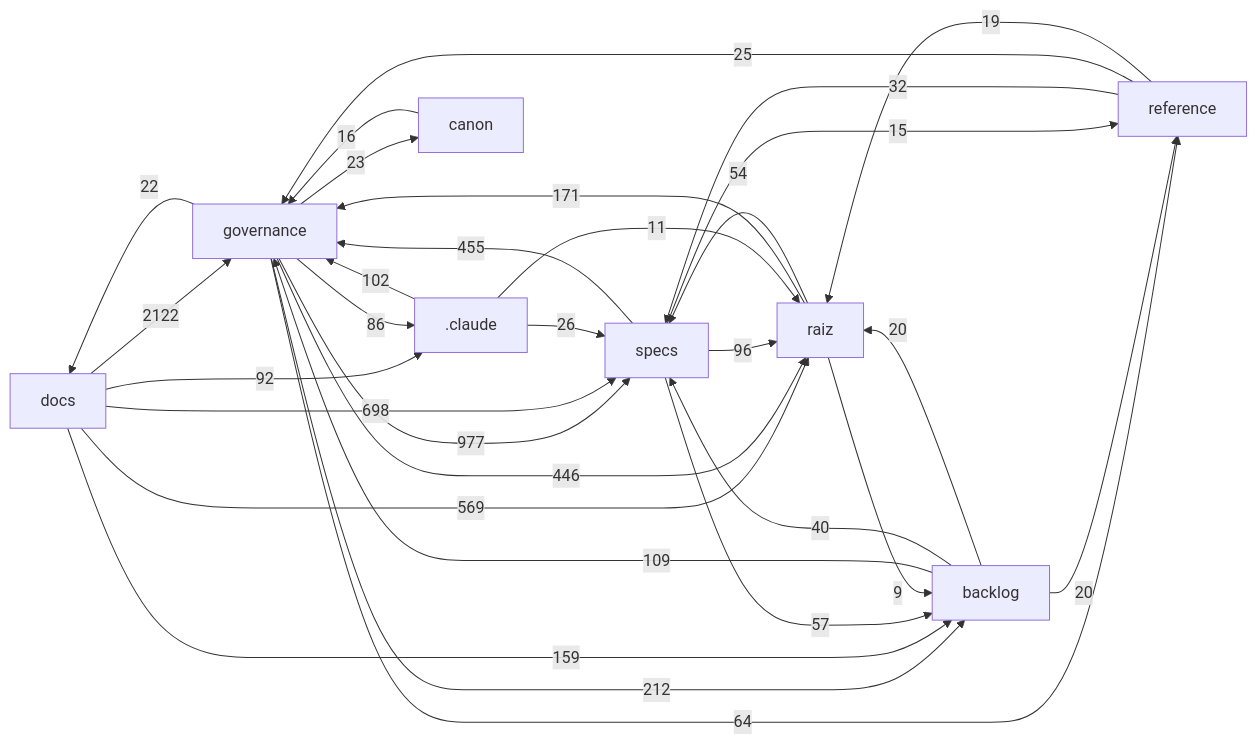
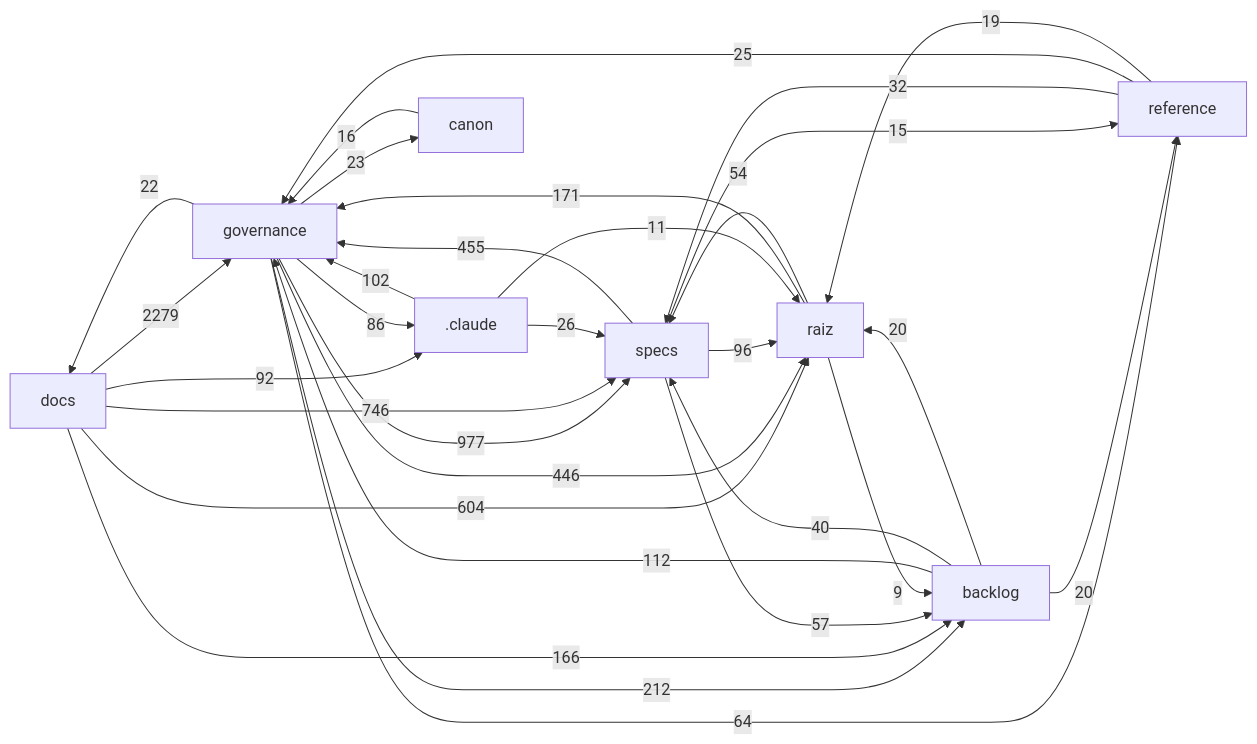
The diagram in docs/mapa/MAPA-PROJETO.md (Andraus35/Sistema-Operacional-de-Trading--SOT), drawn with Mermaid before and after one commit. The commit also changed other lines of this file and 15 other files, not shown here.

````diff
--- a/docs/mapa/MAPA-PROJETO.md
+++ b/docs/mapa/MAPA-PROJETO.md
@@ -29,33 +29,33 @@
 ```mermaid
 flowchart LR
-  docs["docs"] -->|2122| governance["governance"]
+  docs["docs"] -->|2279| governance["governance"]
   governance["governance"] -->|977| specs["specs"]
-  docs["docs"] -->|698| specs["specs"]
-  docs["docs"] -->|569| raiz["raiz"]
+  docs["docs"] -->|746| specs["specs"]
+  docs["docs"] -->|604| raiz["raiz"]
   specs["specs"] -->|455| governance["governance"]
   governance["governance"] -->|446| raiz["raiz"]
   governance["governance"] -->|212| backlog["backlog"]
   raiz["raiz"] -->|171| governance["governance"]
-  docs["docs"] -->|159| backlog["backlog"]
-  backlog["backlog"] -->|109| governance["governance"]
+  docs["docs"] -->|166| backlog["backlog"]
+  backlog["backlog"] -->|112| governance["governance"]
   _claude[".claude"] -->|102| governance["governance"]
   specs["specs"] -->|96| raiz["raiz"]
   docs["docs"] -->|92| _claude[".claude"]
   governance["governance"] -->|86| _claude[".claude"]
   governance["governance"] -->|64| reference["reference"]
   specs["specs"] -->|57| backlog["backlog"]
   raiz["raiz"] -->|54| specs["specs"]
   backlog["backlog"] -->|40| specs["specs"]
   reference["reference"] -->|32| specs["specs"]
   _claude[".claude"] -->|26| specs["specs"]
   reference["reference"] -->|25| governance["governance"]
   governance["governance"] -->|23| canon["canon"]
   governance["governance"] -->|22| docs["docs"]
   backlog["backlog"] -->|20| raiz["raiz"]
   backlog["backlog"] -->|20| reference["reference"]
   reference["reference"] -->|19| raiz["raiz"]
   canon["canon"] -->|16| governance["governance"]
   specs["specs"] -->|15| reference["reference"]
   _claude[".claude"] -->|11| raiz["raiz"]
   raiz["raiz"] -->|9| backlog["backlog"]
 ```
````
